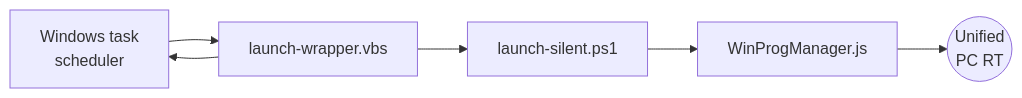
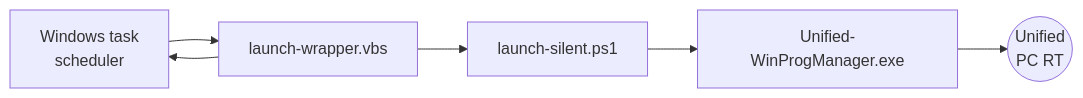
One commit to dodup/Unified-WindowsProgramManager changed the diagram in README.md. Above: the diagram before and after it, drawn with Mermaid. The commit also changed other lines of this file and 45 other files, not shown here.

````diff
--- a/README.md
+++ b/README.md
@@ -5,7 +4,7 @@
 ```mermaid
 graph LR
 A["Windows task <br> scheduler"] --> B["launch-wrapper.vbs"]
 B --> A
-B --> C["launch-silent.ps1"] --> D["WinProgManager.js"]
+B --> C["launch-silent.ps1"] --> D["Unified-WinProgManager.exe"]
 D --> E((Unified<br>PC RT))
 ```
````
